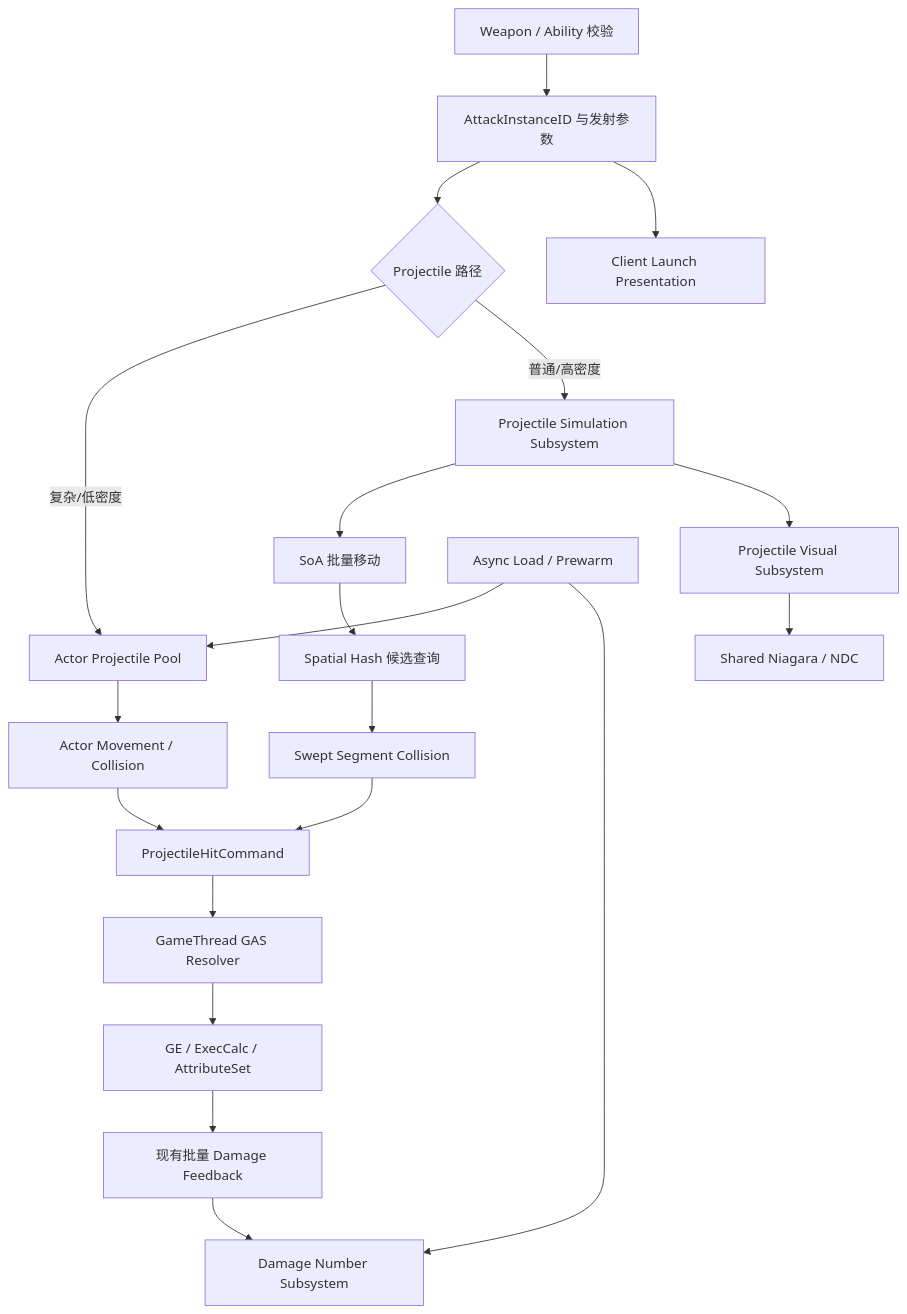
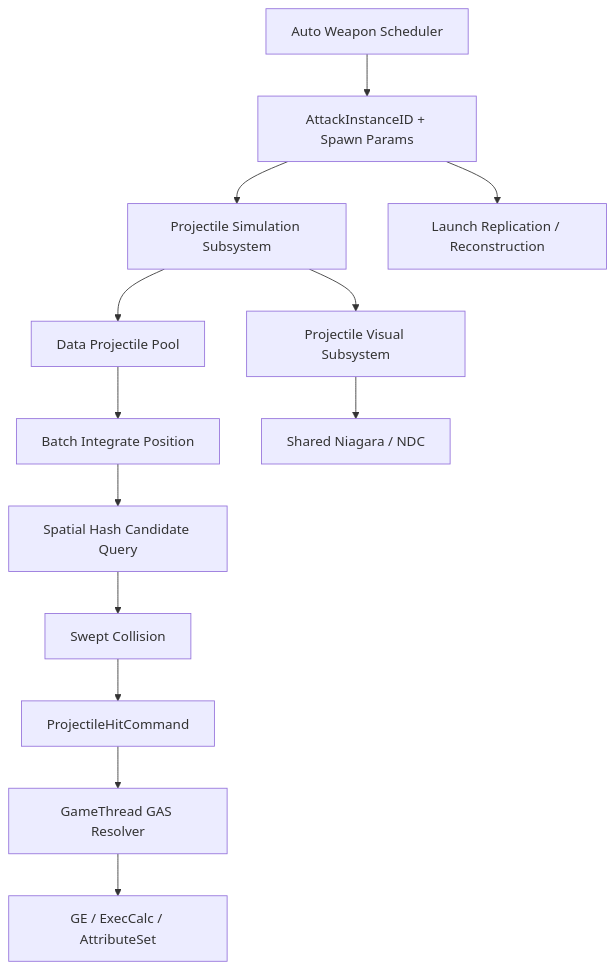
The diagram in COMBAT_POOLING_DESIGN.md (q894829927/ProjectArcaneArena), drawn with Mermaid before and after one commit. The commit also changed other lines of this file, not shown here.

Commit message:
docs: make data projectile pool the primary barrage path

````diff
--- a/COMBAT_POOLING_DESIGN.md
+++ b/COMBAT_POOLING_DESIGN.md
@@ -153,22 +152,15 @@
 ```mermaid
 flowchart TD
-    A[Weapon / Ability 校验] --> B[AttackInstanceID 与发射参数]
-    B --> C{Projectile 路径}
-    C -->|复杂/低密度| D[Actor Projectile Pool]
-    C -->|普通/高密度| E[Projectile Simulation Subsystem]
-    D --> F[Actor Movement / Collision]
-    E --> G[SoA 批量移动]
-    G --> H[Spatial Hash 候选查询]
-    H --> I[Swept Segment Collision]
-    F --> J[ProjectileHitCommand]
-    I --> J
-    J --> K[GameThread GAS Resolver]
-    K --> L[GE / ExecCalc / AttributeSet]
-    B --> M[Client Launch Presentation]
-    E --> N[Projectile Visual Subsystem]
-    N --> O[Shared Niagara / NDC]
-    L --> P[现有批量 Damage Feedback]
-    P --> Q[Damage Number Subsystem]
-    R[Async Load / Prewarm] --> D
-    R --> Q
+    A[Auto Weapon Scheduler] --> B[AttackInstanceID + Spawn Params]
+    B --> C[Projectile Simulation Subsystem]
+    C --> D[Data Projectile Pool]
+    D --> E[Batch Integrate Position]
+    E --> F[Spatial Hash Candidate Query]
+    F --> G[Swept Collision]
+    G --> H[ProjectileHitCommand]
+    H --> I[GameThread GAS Resolver]
+    I --> J[GE / ExecCalc / AttributeSet]
+    C --> K[Projectile Visual Subsystem]
+    K --> L[Shared Niagara / NDC]
+    B --> M[Launch Replication / Reconstruction]
 ```
````
